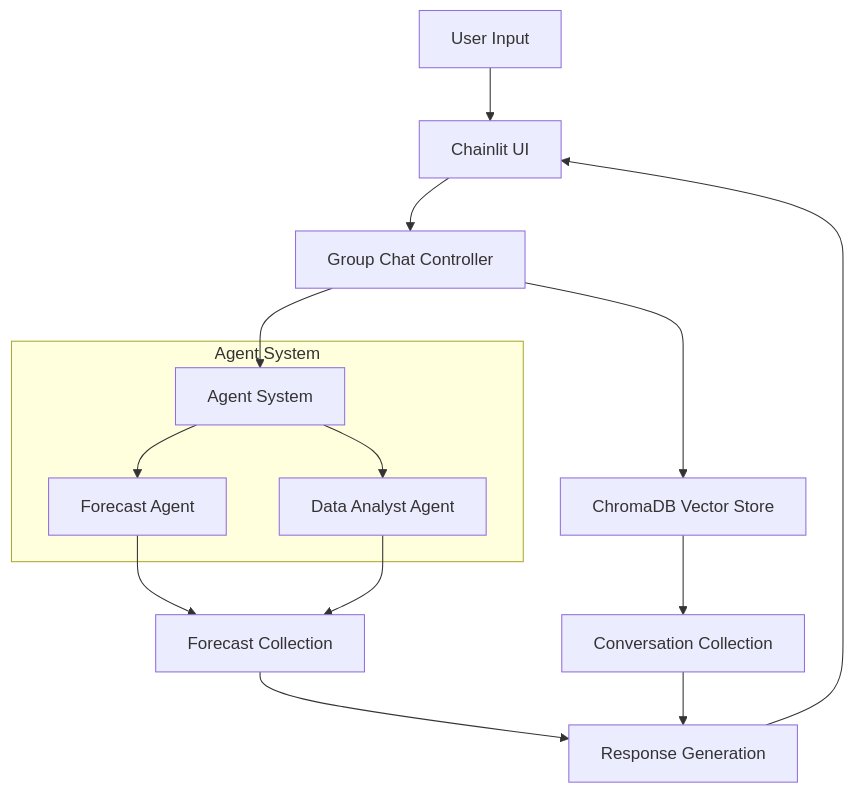
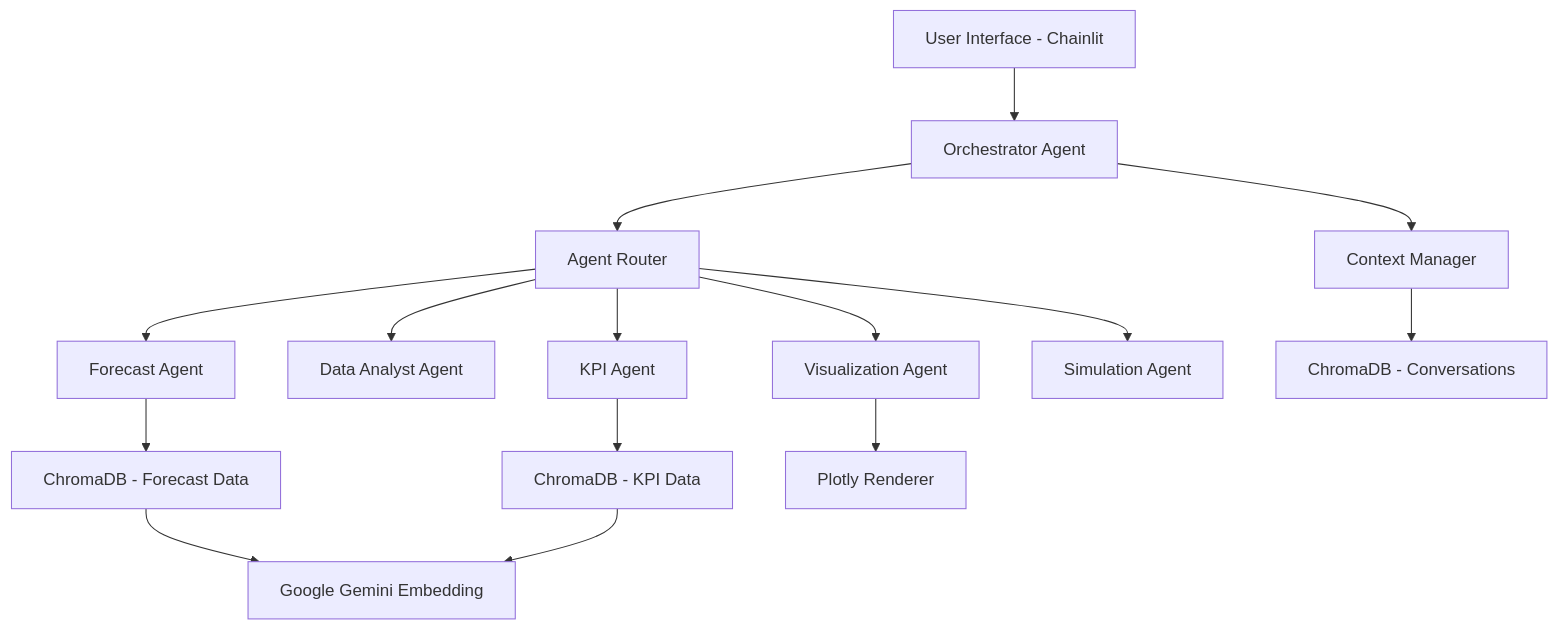
Before and after one commit to Adrkr111/workforce-management-agnet: the diagram in README.md, drawn with Mermaid. The commit also changed other lines of this file and 26 other files, not shown here.

Commit message:
New version agentic flow v0.5

````diff
--- a/README.md
+++ b/README.md
@@ -16,20 +67,20 @@
 ```mermaid
-graph TD
-    A[User Input] --> B[Chainlit UI]
-    B --> C[Group Chat Controller]
-    C --> D[ChromaDB Vector Store]
-    C --> E[Agent System]
+graph TB
+    A[User Interface - Chainlit] --> B[Orchestrator Agent]
+    B --> C[Agent Router]
+    C --> D[Forecast Agent]
+    C --> E[Data Analyst Agent]
+    C --> F[Visualization Agent]
+    C --> G[KPI Agent]
+    C --> H[Simulation Agent]
     
-    subgraph "Agent System"
-        E --> F[Forecast Agent]
-        E --> G[Data Analyst Agent]
-    end
+    D --> I[ChromaDB - Forecast Data]
+    G --> J[ChromaDB - KPI Data]
+    F --> K[Plotly Renderer]
     
-    F --> H[Forecast Collection]
-    G --> H
-    D --> I[Conversation Collection]
+    I --> L[Google Gemini Embedding]
+    J --> L
     
-    H --> J[Response Generation]
-    I --> J
-    J --> B
+    M[Context Manager] --> N[ChromaDB - Conversations]
+    B --> M
 ```
````
